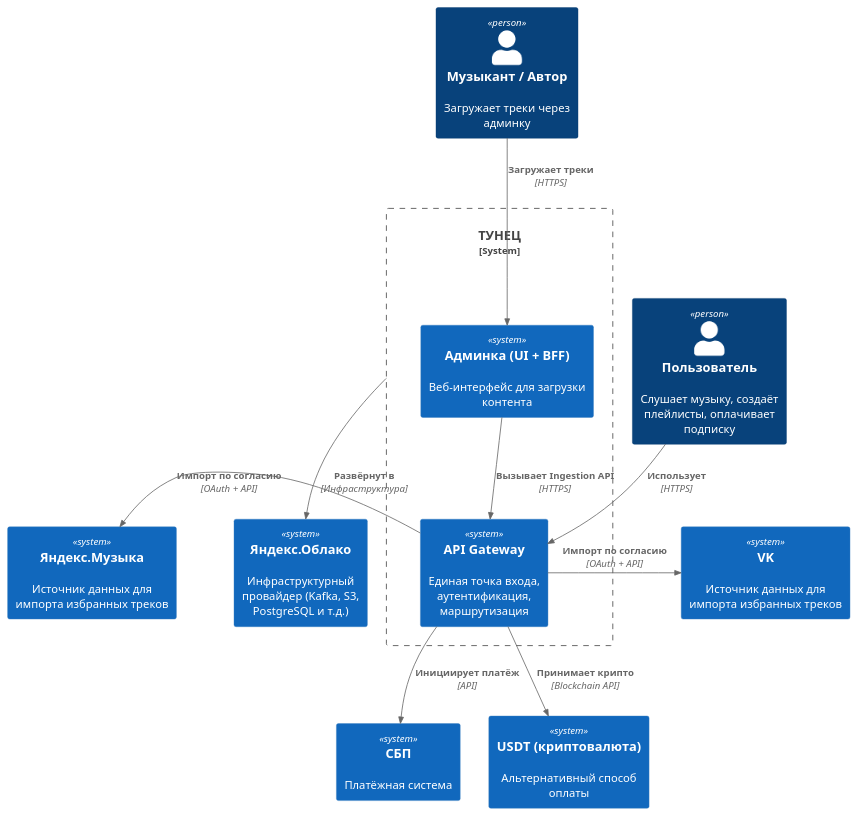
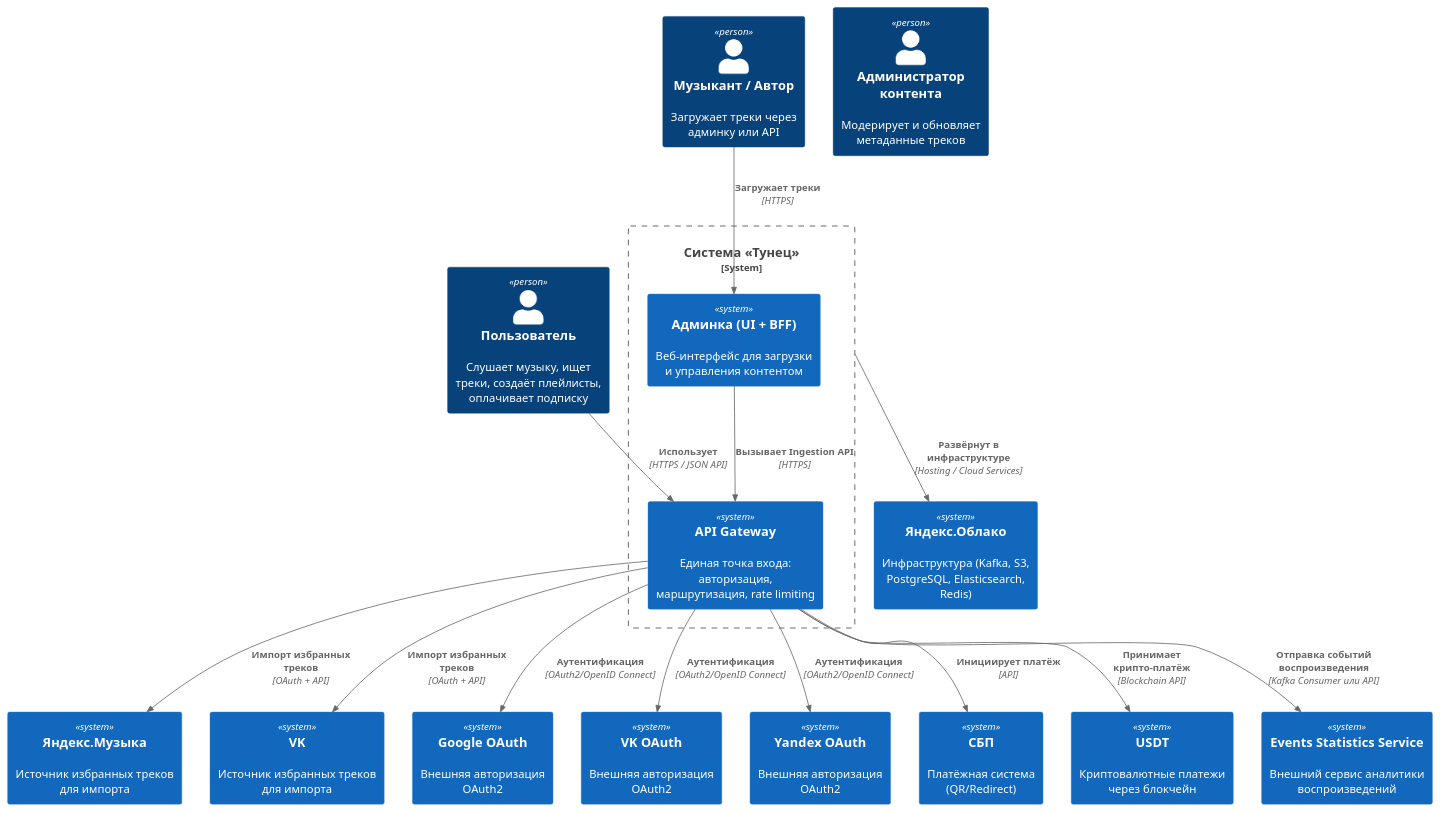
Before and after one commit to Nikson276/SystemDesign: the diagram in docs/03_system_scope_and_context.md, drawn with PlantUML. The commit also changed 10 other files, not shown here.

````diff
--- a/docs/03_system_scope_and_context.md
+++ b/docs/03_system_scope_and_context.md
@@ -21,31 +21,41 @@
 ```plantuml
 @startuml
-!include https://raw.githubusercontent.com/plantuml-stdlib/C4-PlantUML/master/C4_Container.puml
+!include https://raw.githubusercontent.com/plantuml-stdlib/C4-PlantUML/master/C4_Context.puml
 
-Person(user, "Пользователь", "Слушает музыку, создаёт плейлисты, оплачивает подписку")
-Person(artist, "Музыкант / Автор", "Загружает треки через админку")
+Person(user, "Пользователь", "Слушает музыку, ищет треки, создаёт плейлисты, оплачивает подписку")
+Person(artist, "Музыкант / Автор", "Загружает треки через админку или API")
+Person(admin, "Администратор контента", "Модерирует и обновляет метаданные треков")
 
-System_Boundary(tunec, "ТУНЕЦ") {
-  System(admin_ui, "Админка (UI + BFF)", "Веб-интерфейс для загрузки контента")
-  System(api_gateway, "API Gateway", "Единая точка входа, аутентификация, маршрутизация")
+System_Boundary(tunec, "Система «Тунец»") {
+  System(api_gateway, "API Gateway", "Единая точка входа: авторизация, маршрутизация, rate limiting")
+  System(admin_ui, "Админка (UI + BFF)", "Веб‑интерфейс для загрузки и управления контентом")
 }
 
-System(ym, "Яндекс.Музыка", "Источник данных для импорта избранных треков")
-System(vk, "VK", "Источник данных для импорта избранных треков")
-System(sbp, "СБП", "Платёжная система")
-System(usdt, "USDT (криптовалюта)", "Альтернативный способ оплаты")
-System(yc, "Яндекс.Облако", "Инфраструктурный провайдер (Kafka, S3, PostgreSQL и т.д.)")
+System(yc, "Яндекс.Облако", "Инфраструктура (Kafka, S3, PostgreSQL, Elasticsearch, Redis)")
+System(ym, "Яндекс.Музыка", "Источник избранных треков для импорта")
+System(vk, "VK", "Источник избранных треков для импорта")
+System(google_oauth, "Google OAuth", "Внешняя авторизация OAuth2")
+System(vk_oauth, "VK OAuth", "Внешняя авторизация OAuth2")
+System(yandex_oauth, "Yandex OAuth", "Внешняя авторизация OAuth2")
+System(sbp, "СБП", "Платёжная система (QR/Redirect)")
+System(usdt, "USDT", "Криптовалютные платежи через блокчейн")
+System(events_stats, "Events Statistics Service", "Внешний сервис аналитики воспроизведений")
 
-Rel(user, api_gateway, "Использует", "HTTPS")
+Rel(user, api_gateway, "Использует", "HTTPS / JSON API")
 Rel(artist, admin_ui, "Загружает треки", "HTTPS")
 Rel(admin_ui, api_gateway, "Вызывает Ingestion API", "HTTPS")
 
-Rel_L(api_gateway, ym, "Импорт по согласию", "OAuth + API")
-Rel_R(api_gateway, vk, "Импорт по согласию", "OAuth + API")
+Rel(api_gateway, ym, "Импорт избранных треков", "OAuth + API")
+Rel(api_gateway, vk, "Импорт избранных треков", "OAuth + API")
+
+Rel(api_gateway, google_oauth, "Аутентификация", "OAuth2/OpenID Connect")
+Rel(api_gateway, vk_oauth, "Аутентификация", "OAuth2/OpenID Connect")
+Rel(api_gateway, yandex_oauth, "Аутентификация", "OAuth2/OpenID Connect")
 
 Rel(api_gateway, sbp, "Инициирует платёж", "API")
-Rel(api_gateway, usdt, "Принимает крипто", "Blockchain API")
+Rel(api_gateway, usdt, "Принимает крипто‑платёж", "Blockchain API")
 
-Rel(tunec, yc, "Развёрнут в", "Инфраструктура")
+Rel(tunec, yc, "Развёрнут в инфраструктуре", "Hosting / Cloud Services")
+Rel(api_gateway, events_stats, "Отправка событий воспроизведения", "Kafka Consumer или API")
 @enduml
 ```
````
